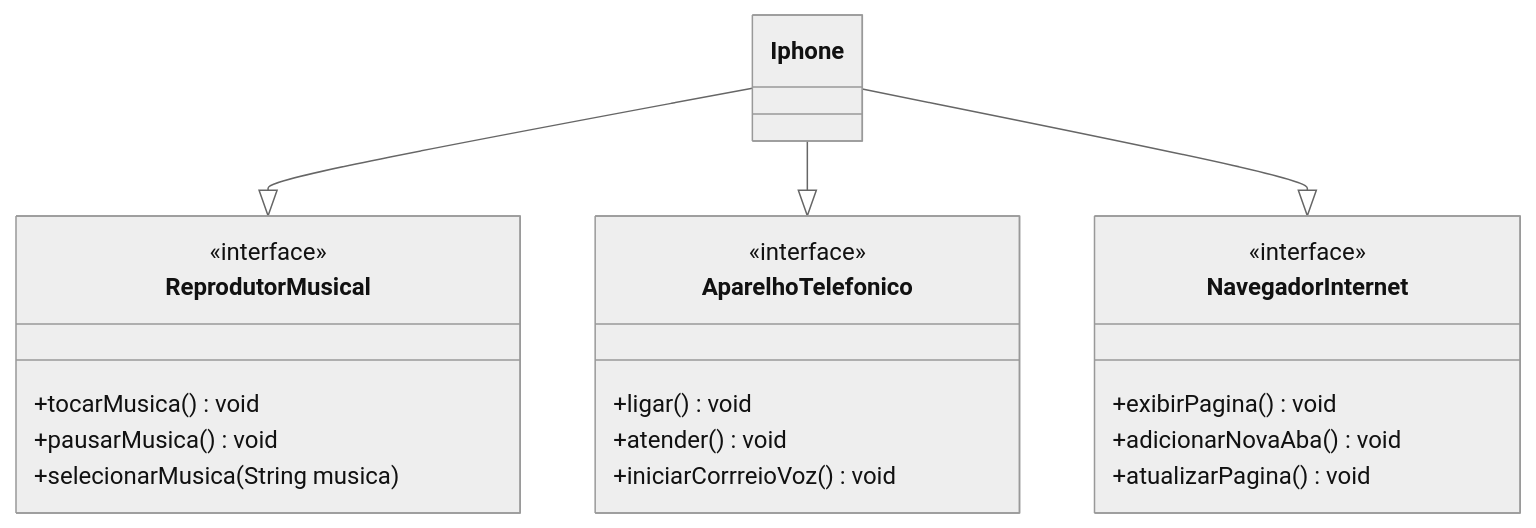
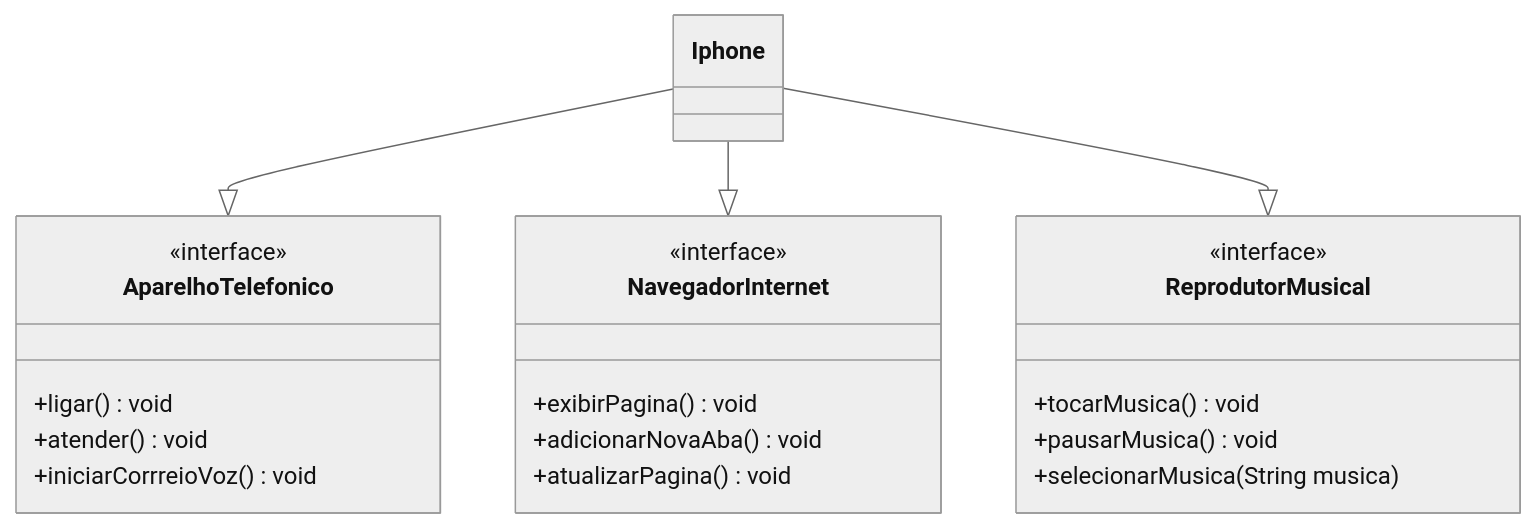
One commit to andersongrampinha/dio-desafio-classes-iphone changed the diagram in README.md. Above: the diagram before and after it, drawn with Mermaid (neutral theme). The commit also changed other lines of this file, not shown here.

````diff
--- a/README.md
+++ b/README.md
@@ -25,30 +25,30 @@
 ```mermaid
 classDiagram
 
-Iphone --|> ReprodutorMusical
 Iphone --|> AparelhoTelefonico
 Iphone --|> NavegadorInternet
+Iphone --|> ReprodutorMusical
 
 class Iphone
-
-class ReprodutorMusical{
-    <<interface>>
-    +tocarMusica() void
-    +pausarMusica() void
-    +selecionarMusica(String musica)
-}
 
 class AparelhoTelefonico{
     <<interface>>
     +ligar() void
     +atender() void
     +iniciarCorrreioVoz() void
 }
 
 class NavegadorInternet{
     <<interface>>
     +exibirPagina() void
     +adicionarNovaAba() void
     +atualizarPagina() void
 }
+
+class ReprodutorMusical{
+    <<interface>>
+    +tocarMusica() void
+    +pausarMusica() void
+    +selecionarMusica(String musica)
+}
 ```
````
